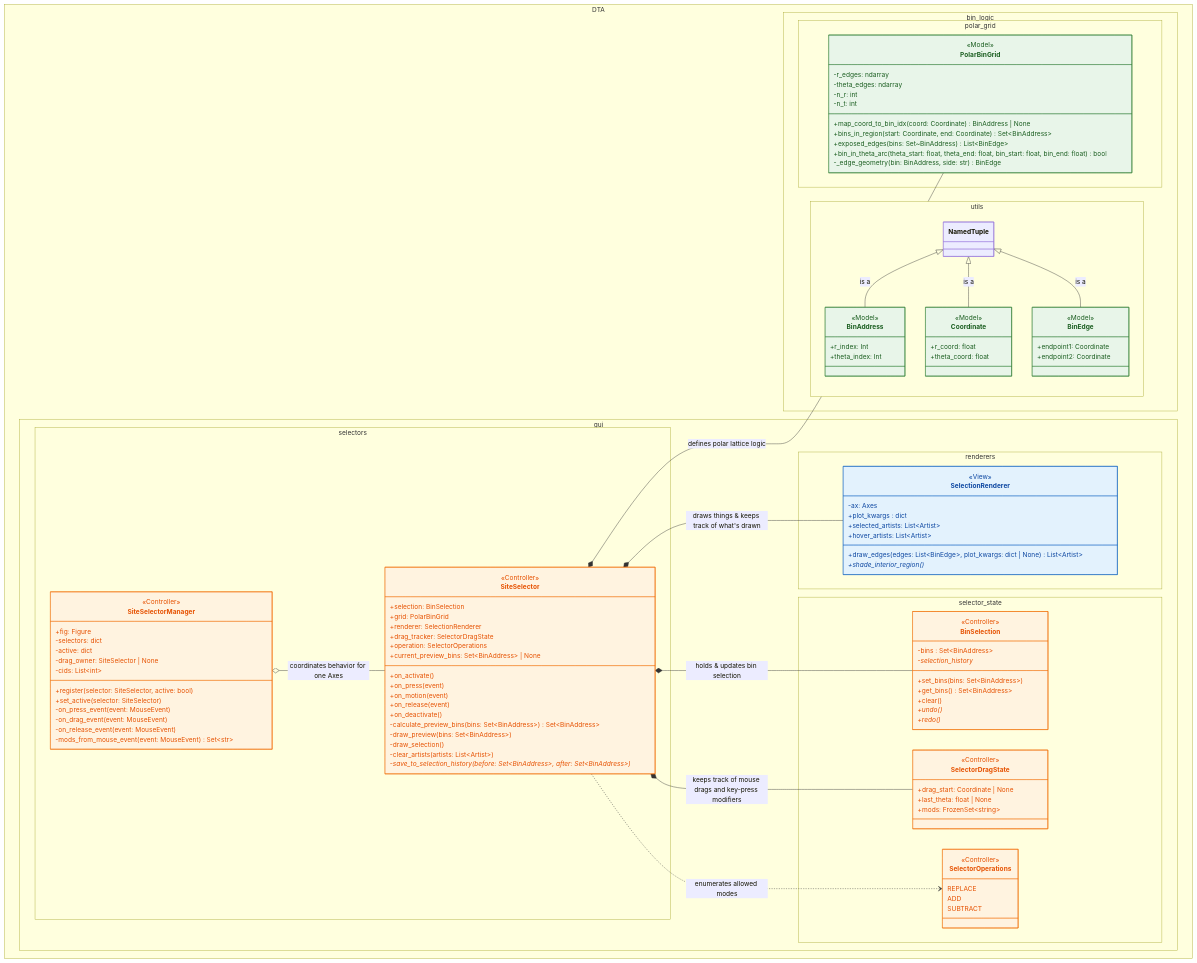
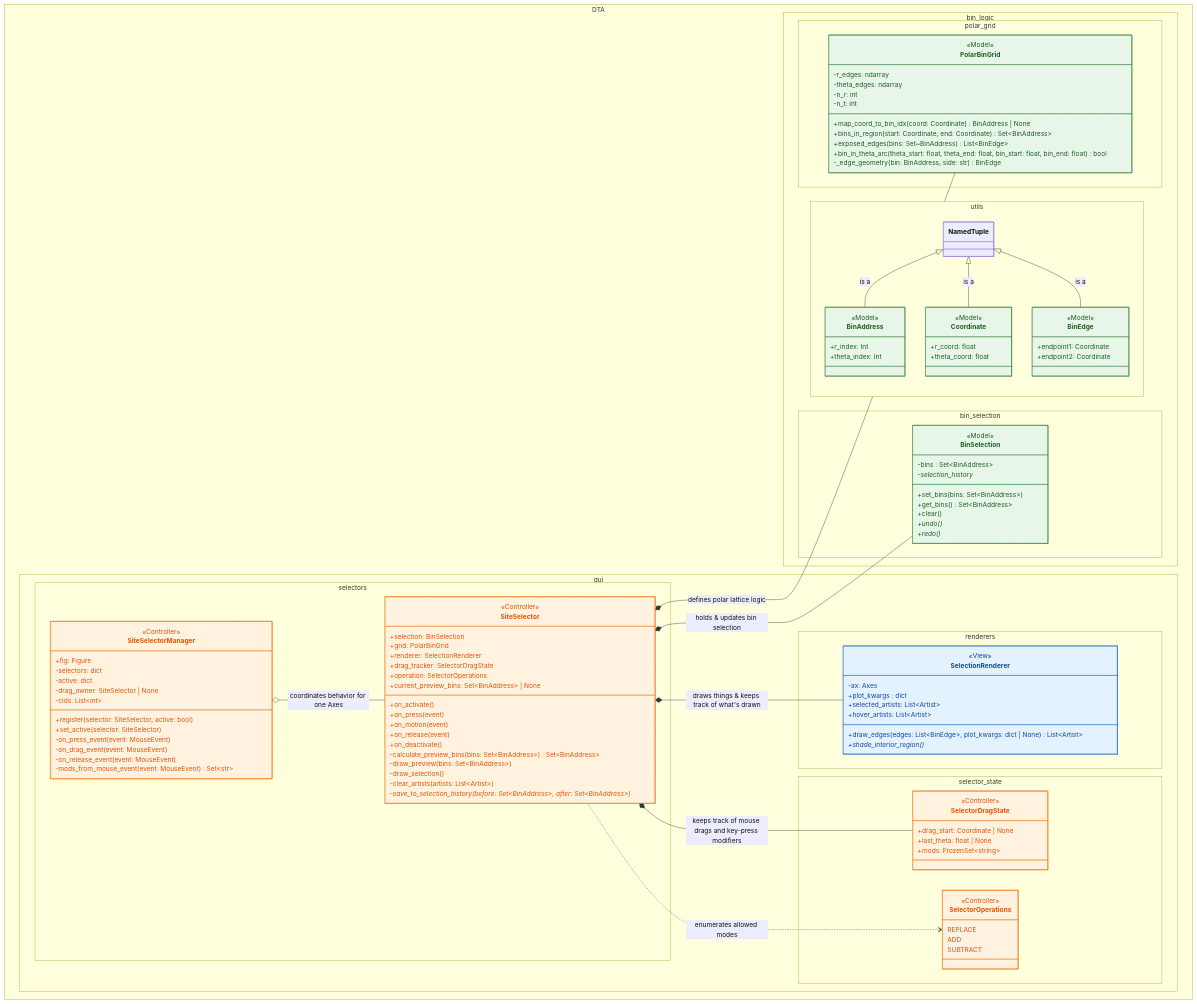
One commit to BranniganLab/density_threshold_affinity changed the first of 4 diagrams in python/dta/gui/README.md. Above: the diagram before and after it, drawn with Mermaid.

Commit message:
update mermaid diagram

```diff
--- a/python/dta/gui/README.md
+++ b/python/dta/gui/README.md
@@ -49,6 +49,7 @@
 class BinAddress:::model
 class Coordinate:::model
 class BinEdge:::model
+class BinSelection:::model
 
 class SelectionRenderer:::view
 
@@ -56,12 +57,12 @@
 class SiteSelectorManager:::controller
 class SelectorDragState:::controller
 class SelectorOperations:::controller
-class BinSelection:::controller
 
 <<Model>> PolarBinGrid
 <<Model>> BinAddress
 <<Model>> Coordinate
 <<Model>> BinEdge
+<<Model>> BinSelection
 
 <<View>> SelectionRenderer
 
@@ -69,7 +70,6 @@
 <<Controller>> SiteSelectorManager
 <<Controller>> SelectorDragState
 <<Controller>> SelectorOperations
-<<Controller>> BinSelection
 
 
 %% =========================
@@ -105,6 +105,17 @@
     +endpoint2: Coordinate
 }
 }
+namespace DTA.bin_logic.bin_selection {
+class BinSelection {
+    -bins : Set~BinAddress~
+    -selection_history*
+    +set_bins(bins: Set~BinAddress~)
+    +get_bins() Set~BinAddress~
+    +clear()
+    +undo()*
+    +redo()*
+}
+}
 
 %% =========================
 %% View
@@ -125,16 +136,6 @@
 %% =========================
 
 namespace DTA.gui.selector_state {
-class BinSelection {
-    -bins : Set~BinAddress~
-    -selection_history*
-    +set_bins(bins: Set~BinAddress~)
-    +get_bins() Set~BinAddress~
-    +clear()
-    +undo()*
-    +redo()*
-}
-
 class SelectorOperations {
     <<enumeration>>
     REPLACE
```
